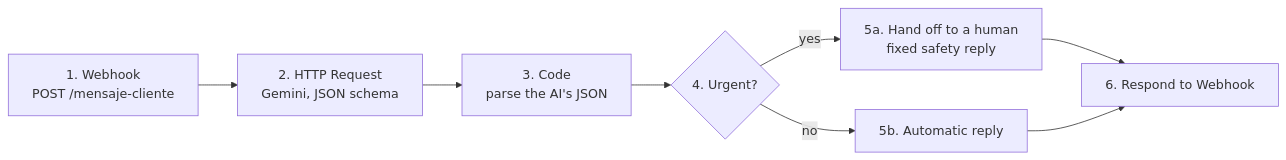
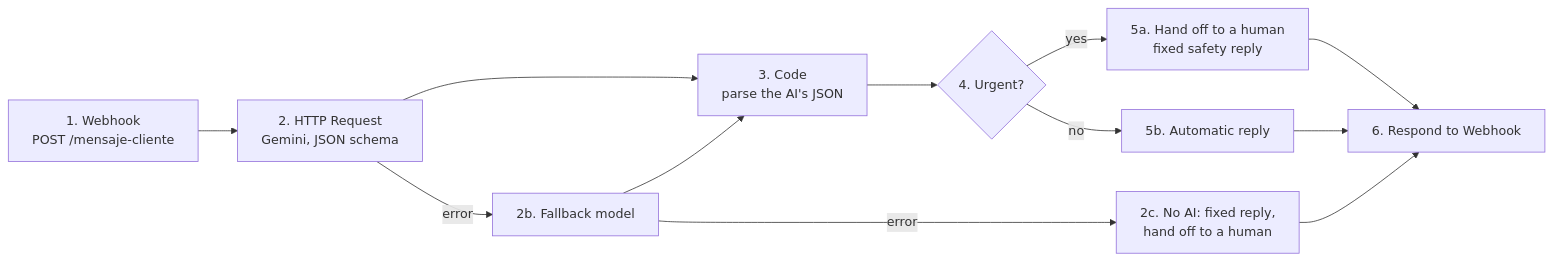
Before and after one commit to Jesus-Jazisenot/n8n-clasificador-ia: the diagram in README.md, drawn with Mermaid. The commit also changed other lines of this file and 7 other files, not shown here.

First line of the commit message:
Fallback model and no-AI safety net for Gemini outages

````diff
--- a/README.md
+++ b/README.md
@@ -7,10 +7,14 @@
 ```mermaid
 flowchart LR
     W[1. Webhook<br/>POST /mensaje-cliente] --> G[2. HTTP Request<br/>Gemini, JSON schema]
     G --> C[3. Code<br/>parse the AI's JSON]
+    G -- error --> B[2b. Fallback model]
+    B --> C
+    B -- error --> N[2c. No AI: fixed reply,<br/>hand off to a human]
+    N --> R
     C --> I{4. Urgent?}
     I -- yes --> H[5a. Hand off to a human<br/>fixed safety reply]
     I -- no --> A[5b. Automatic reply]
     H --> R[6. Respond to Webhook]
     A --> R
 ```
````
